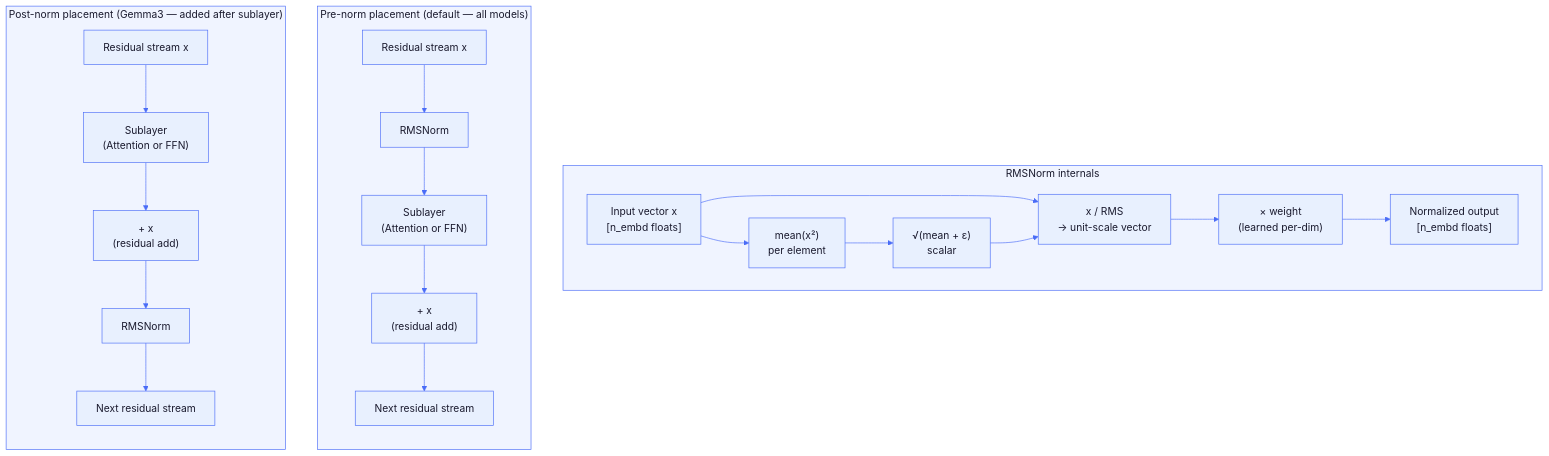
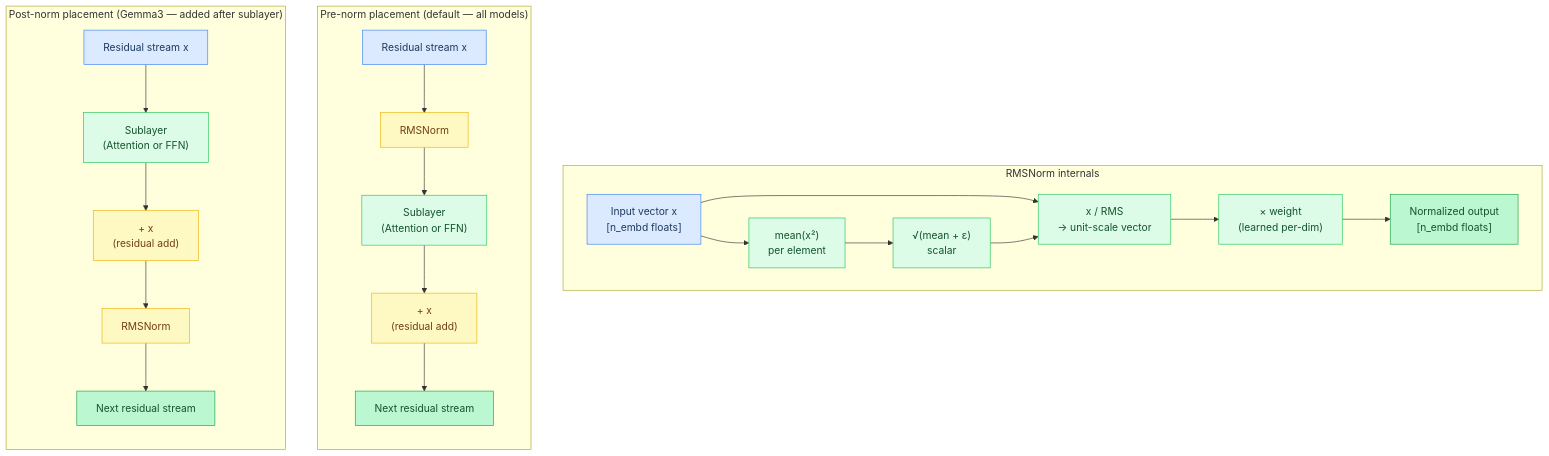
The seventh of 8 diagrams in docs/tutorial/02-the-transformer.md (maci0/agave), drawn with Mermaid before and after one commit. The commit also changed other lines of this file and 24 other files, not shown here.

First line of the commit message:
docs: convert all mermaid diagrams to classDef semantic colors

````diff
--- a/docs/tutorial/02-the-transformer.md
+++ b/docs/tutorial/02-the-transformer.md
@@ -439,42 +483,52 @@
 ```mermaid
-%%{init: {'theme': 'base', 'themeVariables': {
-  'primaryColor': '#e8f0fe',
-  'primaryTextColor': '#1a1a2e',
-  'primaryBorderColor': '#4a6cf7',
-  'lineColor': '#4a6cf7',
-  'secondaryColor': '#f0f4ff',
-  'tertiaryColor': '#f8f9ff',
-  'edgeLabelBackground': '#ffffff',
-  'clusterBkg': '#f0f4ff',
-  'clusterBorder': '#4a6cf7',
-  'titleColor': '#1a1a2e',
-  'nodeTextColor': '#1a1a2e',
-  'fontFamily': 'ui-monospace, SFMono-Regular, monospace'
-}}}%%
 flowchart TD
+    classDef setup     fill:#dbeafe,stroke:#3b82f6,color:#1e3a5f
+    classDef sync      fill:#dcfce7,stroke:#22c55e,color:#14532d
+    classDef migration fill:#fef9c3,stroke:#eab308,color:#713f12
+    classDef success   fill:#bbf7d0,stroke:#16a34a,color:#14532d
+    classDef danger    fill:#fee2e2,stroke:#ef4444,color:#7f1d1d
+    classDef optional  fill:#f3e8ff,stroke:#9333ea,color:#581c87
+
+    X["Input vector x\n[n_embd floats]"]:::setup
+    SqMean["mean(x²)\nper element"]:::sync
+    RMS["√(mean + ε)\nscalar"]:::sync
+    Divide["x / RMS\n→ unit-scale vector"]:::sync
+    Scale["× weight\n(learned per-dim)"]:::sync
+    Out["Normalized output\n[n_embd floats]"]:::success
+    PNResid["Residual stream x"]:::setup
+    PNNorm["RMSNorm"]:::migration
+    PNSub["Sublayer\n(Attention or FFN)"]:::sync
+    PNAdd["+ x\n(residual add)"]:::migration
+    PNOut["Next residual stream"]:::success
+    PoResid["Residual stream x"]:::setup
+    PoSub["Sublayer\n(Attention or FFN)"]:::sync
+    PoAdd["+ x\n(residual add)"]:::migration
+    PoNorm["RMSNorm"]:::migration
+    PoOut["Next residual stream"]:::success
+
     subgraph Internal["RMSNorm internals"]
         direction LR
-        X["Input vector x\n[n_embd floats]"] --> SqMean["mean(x²)\nper element"]
-        SqMean --> RMS["√(mean + ε)\nscalar"]
-        X --> Divide["x / RMS\n→ unit-scale vector"]
+        X --> SqMean
+        SqMean --> RMS
+        X --> Divide
         RMS --> Divide
-        Divide --> Scale["× weight\n(learned per-dim)"]
-        Scale --> Out["Normalized output\n[n_embd floats]"]
+        Divide --> Scale
+        Scale --> Out
     end
 
     subgraph PreNorm["Pre-norm placement (default — all models)"]
         direction TB
-        PNResid["Residual stream x"] --> PNNorm["RMSNorm"]
-        PNNorm --> PNSub["Sublayer\n(Attention or FFN)"]
-        PNSub --> PNAdd["+ x\n(residual add)"]
-        PNAdd --> PNOut["Next residual stream"]
+        PNResid --> PNNorm
+        PNNorm --> PNSub
+        PNSub --> PNAdd
+        PNAdd --> PNOut
     end
 
     subgraph PostNorm["Post-norm placement (Gemma3 — added after sublayer)"]
         direction TB
-        PoResid["Residual stream x"] --> PoSub["Sublayer\n(Attention or FFN)"]
-        PoSub --> PoAdd["+ x\n(residual add)"]
-        PoAdd --> PoNorm["RMSNorm"]
-        PoNorm --> PoOut["Next residual stream"]
+        PoResid --> PoSub
+        PoSub --> PoAdd
+        PoAdd --> PoNorm
+        PoNorm --> PoOut
     end
 ```
````
